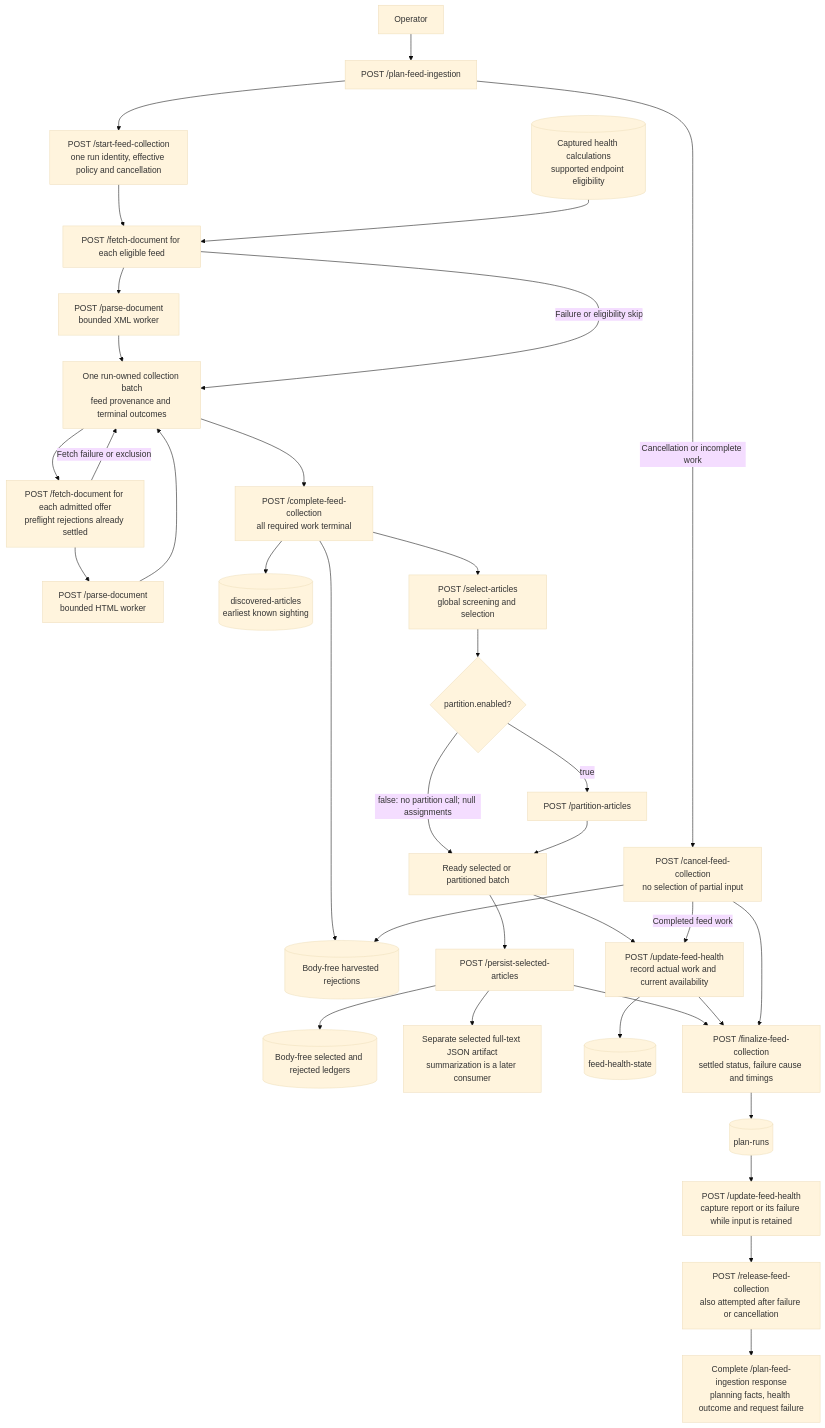
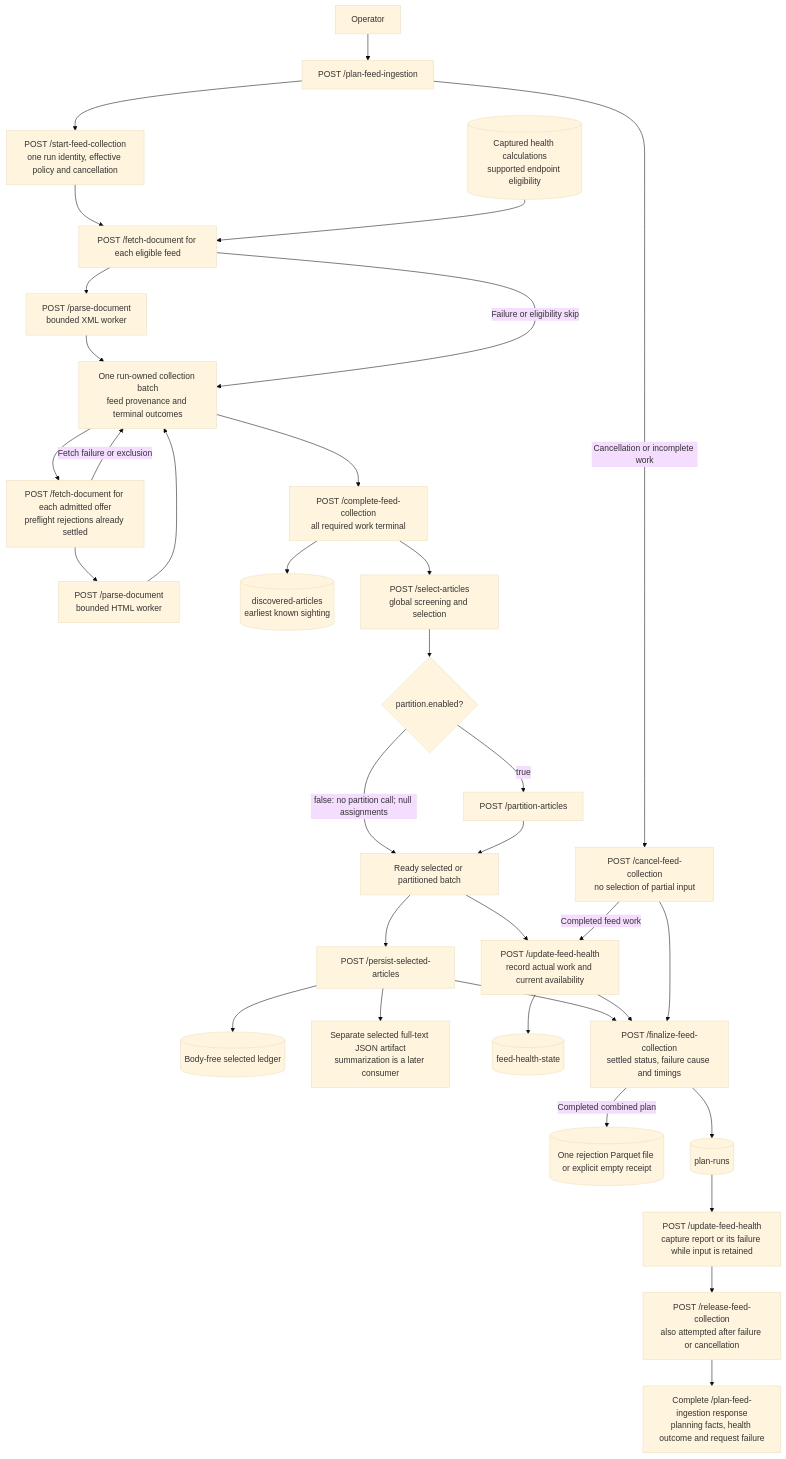
One commit to miztiik/yen-idhazh changed the diagram in docs/architecture/sources/feed-operator-api.md. Above: the diagram before and after it, drawn with Mermaid (base theme). The commit also changed other lines of this file and 23 other files, not shown here.

First line of the commit message:
Seal combined TypeScript planner rejections once per attempt (#2203)

````diff
--- a/docs/architecture/sources/feed-operator-api.md
+++ b/docs/architecture/sources/feed-operator-api.md
@@ -448,37 +448,36 @@
 ```mermaid
 flowchart TD
   OP["Operator"] --> PLAN["POST /plan-feed-ingestion"]
   PLAN --> BEGIN["POST /start-feed-collection<br/>one run identity, effective policy and cancellation"]
   BEGIN --> FETCH_FEED["POST /fetch-document for each eligible feed"]
   CURRENT[("Captured health calculations<br/>supported endpoint eligibility")] --> FETCH_FEED
   FETCH_FEED --> PARSE_FEED["POST /parse-document<br/>bounded XML worker"]
   PARSE_FEED --> BATCH["One run-owned collection batch<br/>feed provenance and terminal outcomes"]
   BATCH --> FETCH_ARTICLE["POST /fetch-document for each admitted offer<br/>preflight rejections already settled"]
   FETCH_ARTICLE --> PARSE_ARTICLE["POST /parse-document<br/>bounded HTML worker"]
   PARSE_ARTICLE --> BATCH
   FETCH_FEED -->|"Failure or eligibility skip"| BATCH
   FETCH_ARTICLE -->|"Fetch failure or exclusion"| BATCH
   BATCH --> COMPLETE["POST /complete-feed-collection<br/>all required work terminal"]
   COMPLETE --> DISCOVERY[("discovered-articles<br/>earliest known sighting")]
-  COMPLETE --> REJECTIONS[("Body-free harvested rejections")]
   COMPLETE --> SELECT["POST /select-articles<br/>global screening and selection"]
   SELECT --> ENABLED{"partition.enabled?"}
   ENABLED -->|"true"| PARTITION["POST /partition-articles"]
   ENABLED -->|"false: no partition call; null assignments"| READY["Ready selected or partitioned batch"]
   PARTITION --> READY
   READY --> PERSIST["POST /persist-selected-articles"]
-  PERSIST --> METADATA[("Body-free selected and rejected ledgers")]
+  PERSIST --> METADATA[("Body-free selected ledger")]
   PERSIST --> TEXT["Separate selected full-text JSON artifact<br/>summarization is a later consumer"]
   READY --> HEALTH["POST /update-feed-health<br/>record actual work and current availability"]
   HEALTH --> HEALTH_LEDGER[("feed-health-state")]
   PERSIST --> FINAL["POST /finalize-feed-collection<br/>settled status, failure cause and timings"]
   HEALTH --> FINAL
+  FINAL -->|"Completed combined plan"| REJECTIONS[("One rejection Parquet file or explicit empty receipt")]
   FINAL --> RUNS[("plan-runs")]
   PLAN -->|"Cancellation or incomplete work"| CANCEL["POST /cancel-feed-collection<br/>no selection of partial input"]
-  CANCEL --> REJECTIONS
   CANCEL -->|"Completed feed work"| HEALTH
   CANCEL --> FINAL
   RUNS --> SUMMARY["POST /update-feed-health<br/>capture report or its failure while input is retained"]
   SUMMARY --> RELEASE["POST /release-feed-collection<br/>also attempted after failure or cancellation"]
   RELEASE --> RESULT["Complete /plan-feed-ingestion response<br/>planning facts, health outcome and request failure"]
 ```
````
